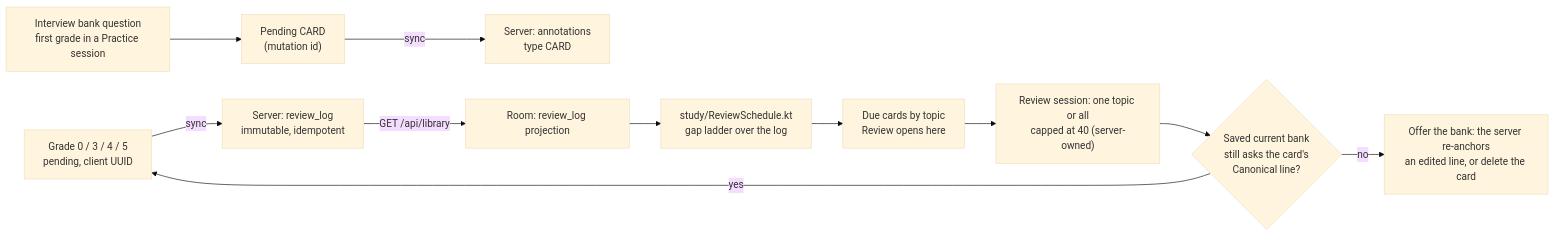
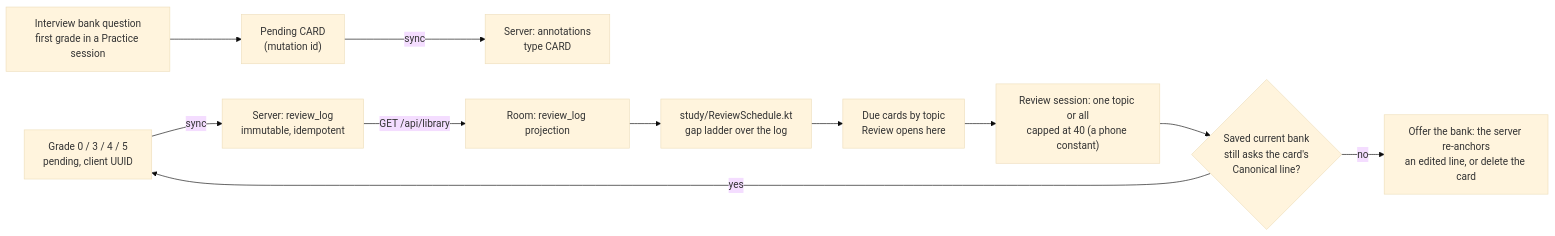
One commit to jaxwong/reporead changed diagram 12 of 13 in docs/architecture.md. Above: the diagram before and after it, drawn with Mermaid (base theme). The commit also changed other lines of this file and 5 other files, not shown here.

````diff
--- a/docs/architecture.md
+++ b/docs/architecture.md
@@ -687,17 +682,17 @@
 ```mermaid
 flowchart LR
     Bank["Interview bank question<br/>first grade in a Practice session"]
     Card["Pending CARD<br/>(mutation id)"]
     Bank --> Card
     Card -- "sync" --> SrvCard["Server: annotations<br/>type CARD"]
 
     Grade["Grade 0 / 3 / 4 / 5<br/>pending, client UUID"]
     Grade -- "sync" --> Log["Server: review_log<br/>immutable, idempotent"]
     Log -- "GET /api/library" --> Proj["Room: review_log projection"]
     Proj --> Ladder["study/ReviewSchedule.kt<br/>gap ladder over the log"]
     Ladder --> Topics["Due cards by topic<br/>Review opens here"]
-    Topics --> Due["Review session: one topic or all<br/>capped at 40 (server-owned)"]
+    Topics --> Due["Review session: one topic or all<br/>capped at 40 (a phone constant)"]
     Due --> Asks{"Saved current bank<br/>still asks the card's<br/>Canonical line?"}
     Asks -- "yes" --> Grade
     Asks -- "no" --> Open["Offer the bank: the server re-anchors<br/>an edited line, or delete the card"]
 ```
````
